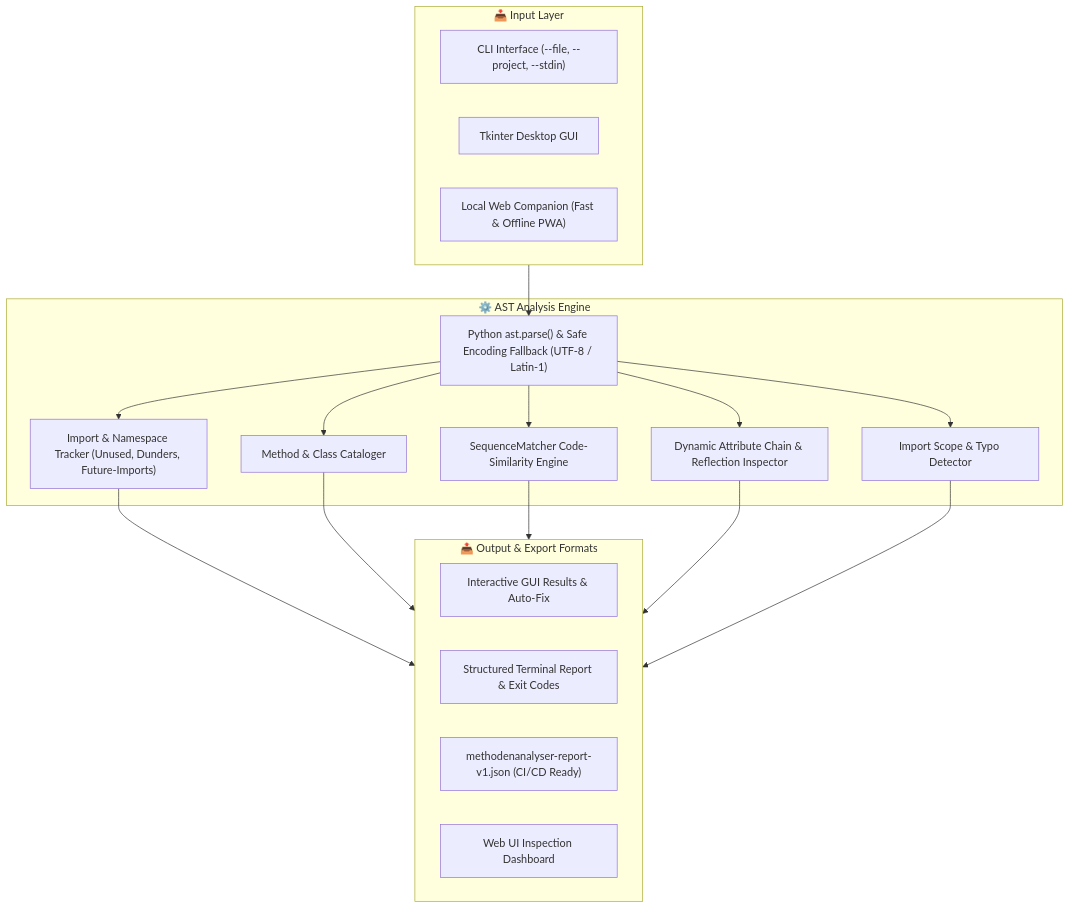
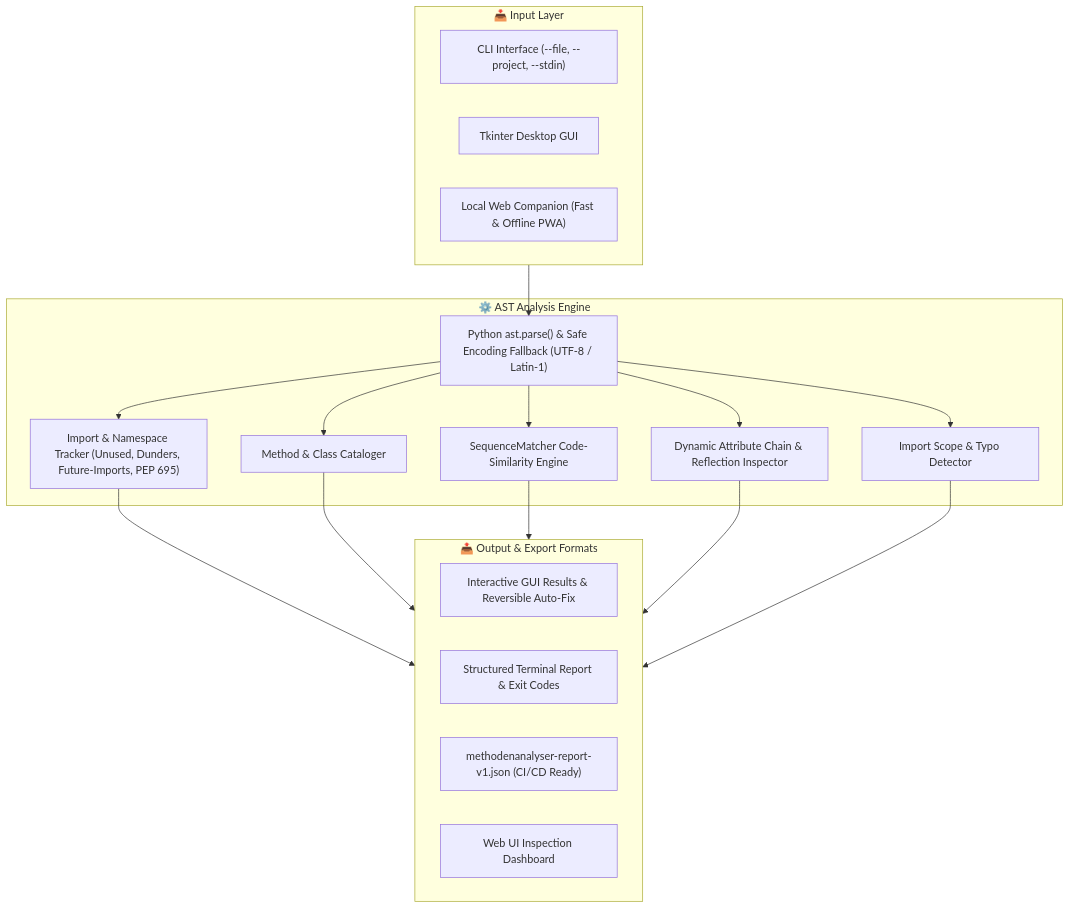
One commit to dev-bricks/MethodenAnalyser changed the first of 2 diagrams in README.md. Above: the diagram before and after it, drawn with Mermaid. The commit also changed other lines of this file and 12 other files, not shown here.

Commit message:
chore(marketing): Path B discoverability, dual-mermaid architecture, governance invariants, and contract tests (v3.0.1)

````diff
--- a/README.md
+++ b/README.md
@@ -67,28 +97,28 @@
 ```mermaid
 flowchart TD
     subgraph Input["📥 Input Layer"]
         CLI["CLI Interface (--file, --project, --stdin)"]
         GUI["Tkinter Desktop GUI"]
         WebHelper["Local Web Companion (Fast & Offline PWA)"]
     end
 
     subgraph Core["⚙️ AST Analysis Engine"]
         Parser["Python ast.parse() & Safe Encoding Fallback (UTF-8 / Latin-1)"]
-        Imports["Import & Namespace Tracker (Unused, Dunders, Future-Imports)"]
+        Imports["Import & Namespace Tracker (Unused, Dunders, Future-Imports, PEP 695)"]
         Methods["Method & Class Cataloger"]
         Duplicates["SequenceMatcher Code-Similarity Engine"]
         Dynamic["Dynamic Attribute Chain & Reflection Inspector"]
         Scope["Import Scope & Typo Detector"]
     end
 
     subgraph Output["📤 Output & Export Formats"]
-        GUISummary["Interactive GUI Results & Auto-Fix"]
+        GUISummary["Interactive GUI Results & Reversible Auto-Fix"]
         CLIText["Structured Terminal Report & Exit Codes"]
         JSONExport["methodenanalyser-report-v1.json (CI/CD Ready)"]
         BrowserUI["Web UI Inspection Dashboard"]
     end
 
     Input --> Parser
     Parser --> Imports & Methods & Duplicates & Dynamic & Scope
     Imports & Methods & Duplicates & Dynamic & Scope --> Output
 ```
````
